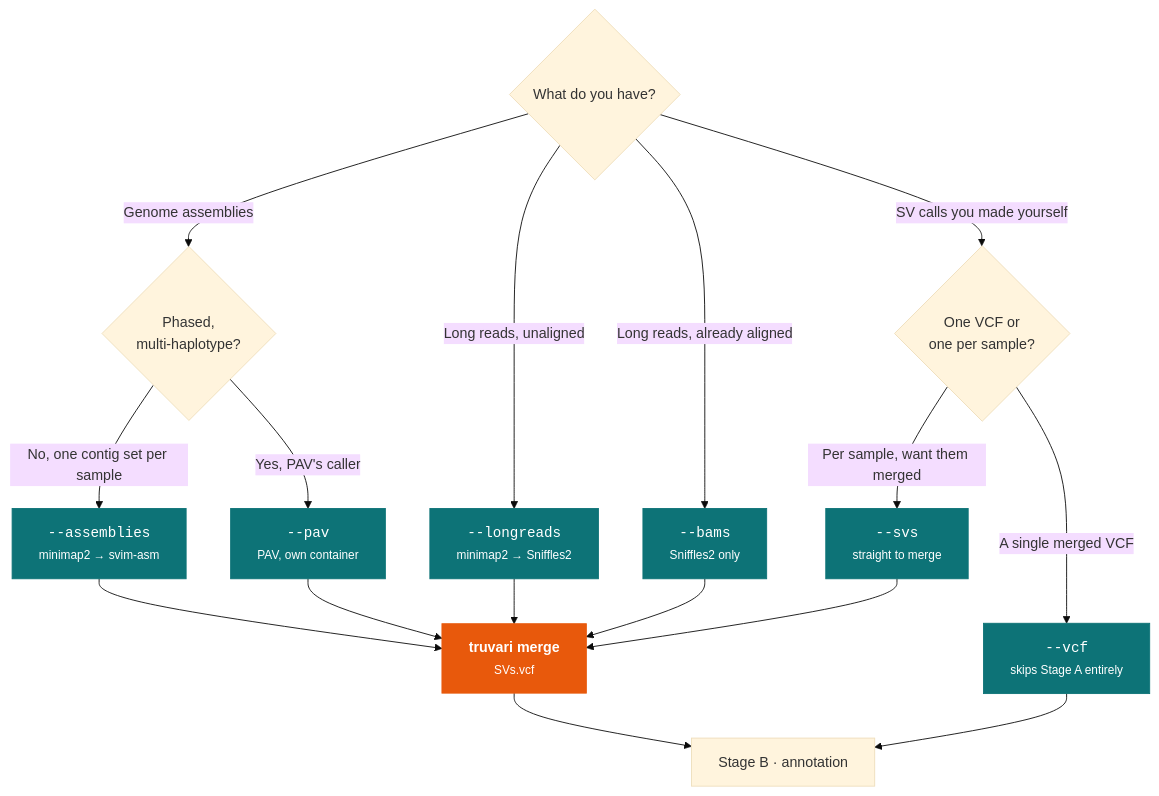
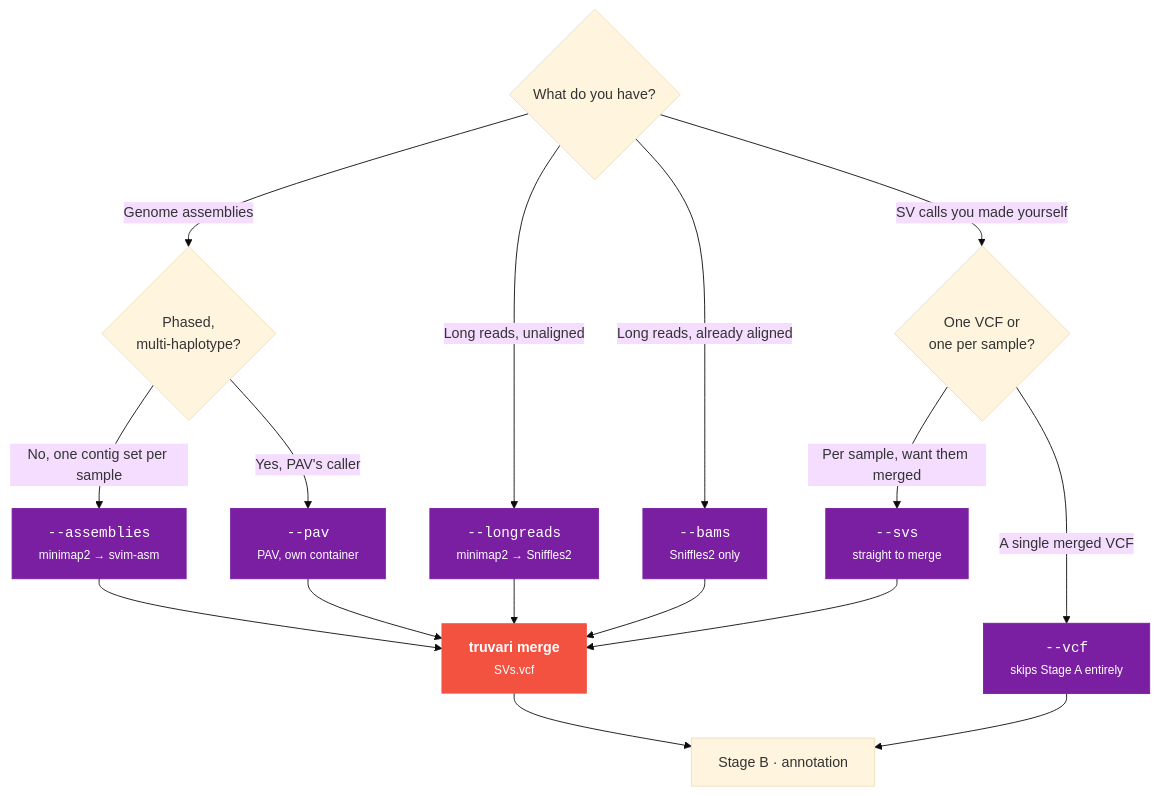
One commit to cgroza/GraffiTE changed the diagram in docs/guides/discovery.md. Above: the diagram before and after it, drawn with Mermaid (base theme). The commit also changed 13 other files, not shown here.

````diff
--- a/docs/guides/discovery.md
+++ b/docs/guides/discovery.md
@@ -25,28 +25,28 @@
 ```mermaid
 flowchart TD
     Q0{"What do you have?"}
 
     Q0 -->|Genome assemblies| Q1{"Phased,<br/>multi-haplotype?"}
     Q0 -->|Long reads, unaligned| LR["<code>--longreads</code><br/><small>minimap2 → Sniffles2</small>"]
     Q0 -->|Long reads, already aligned| BM["<code>--bams</code><br/><small>Sniffles2 only</small>"]
     Q0 -->|SV calls you made yourself| Q2{"One VCF or<br/>one per sample?"}
 
     Q1 -->|"No, one contig set per sample"| SA["<code>--assemblies</code><br/><small>minimap2 → svim-asm</small>"]
     Q1 -->|"Yes, PAV's caller"| PV["<code>--pav</code><br/><small>PAV, own container</small>"]
 
     Q2 -->|"Per sample, want them merged"| SV["<code>--svs</code><br/><small>straight to merge</small>"]
     Q2 -->|"A single merged VCF"| VC["<code>--vcf</code><br/><small>skips Stage A entirely</small>"]
 
     SA --> M["<b>truvari merge</b><br/><small>SVs.vcf</small>"]
     PV --> M
     LR --> M
     BM --> M
     SV --> M
     M --> B["Stage B · annotation"]
     VC --> B
 
-    classDef entry fill:#0d7377,stroke:#0d7377,color:#fff;
-    classDef merge fill:#e8590c,stroke:#e8590c,color:#fff;
+    classDef entry fill:#7a1fa2,stroke:#7a1fa2,color:#fff;
+    classDef merge fill:#f2523f,stroke:#f2523f,color:#fff;
     class SA,PV,LR,BM,SV,VC entry;
     class M merge;
 ```
````
